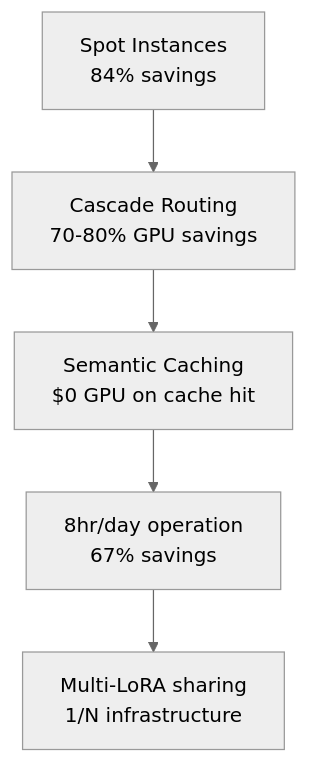
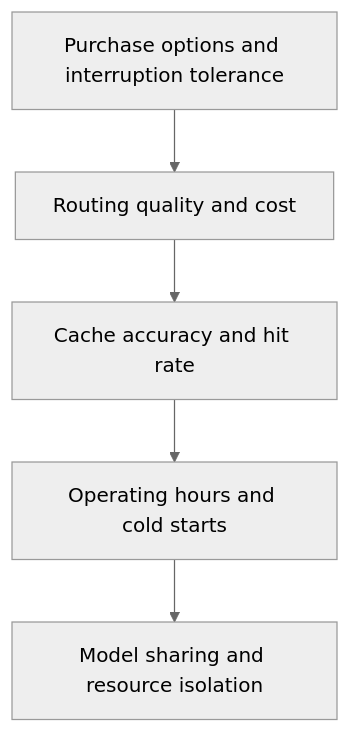
The second of 2 diagrams in i18n/en/docusaurus-plugin-content-docs/current/agentic-ai-platform/reference-architecture/index.md (devfloor9/engineering-playbook), drawn with Mermaid (neutral theme) before and after one commit. The commit also changed other lines of this file and 7 other files, not shown here.

````diff
--- a/i18n/en/docusaurus-plugin-content-docs/current/agentic-ai-platform/reference-architecture/index.md
+++ b/i18n/en/docusaurus-plugin-content-docs/current/agentic-ai-platform/reference-architecture/index.md
@@ -184,7 +218,9 @@
 ```mermaid
 graph TD
-    A[Spot Instances<br/>84% savings] --> B[Cascade Routing<br/>70-80% GPU savings]
-    B --> C[Semantic Caching<br/>$0 GPU on cache hit]
-    C --> D[8hr/day operation<br/>67% savings]
-    D --> E[Multi-LoRA sharing<br/>1/N infrastructure]
+    accTitle: Cost optimization review sequence
+    accDescr: Review purchase options, routing, caching, operating hours, and model sharing, measuring cost and quality after each change.
+    A[Purchase options and interruption tolerance] --> B[Routing quality and cost]
+    B --> C[Cache accuracy and hit rate]
+    C --> D[Operating hours and cold starts]
+    D --> E[Model sharing and resource isolation]
 ```
````
